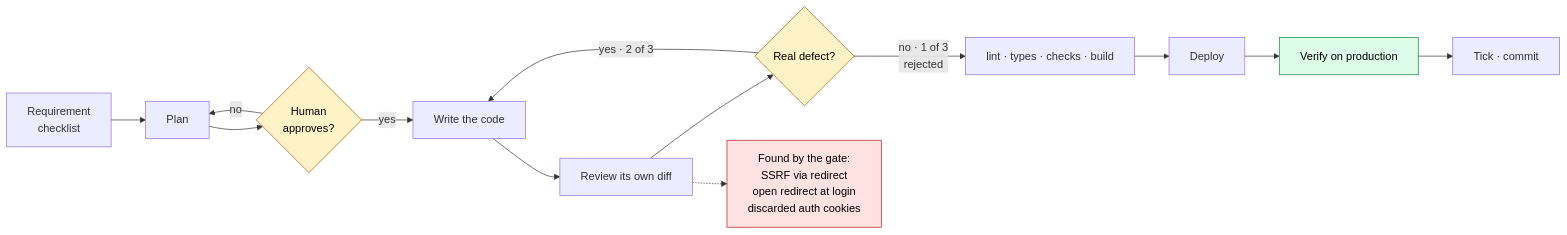
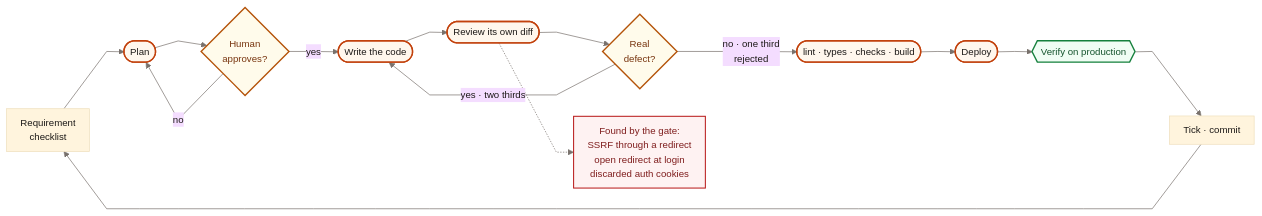
One commit to Rounak7721/ReForge changed the third of 5 diagrams in internal/notes/video-diagrams.md. Above: the diagram before and after it, drawn with Mermaid. The commit also changed other lines of this file and 5 other files, not shown here.

````diff
--- a/internal/notes/video-diagrams.md
+++ b/internal/notes/video-diagrams.md
@@ -100,22 +136,28 @@
 ```mermaid
+%%{init: {'theme':'base','themeVariables':{'fontFamily':'ui-sans-serif, system-ui, sans-serif','fontSize':'14px','lineColor':'#78716c','primaryTextColor':'#1c1917'},'flowchart':{'curve':'linear','nodeSpacing':40,'rankSpacing':50,'padding':10}}}%%
 flowchart LR
-    A["Requirement<br/>checklist"] --> B["Plan"]
+    A["Requirement<br/>checklist"] --> B(["Plan"])
     B --> C{"Human<br/>approves?"}
-    C -- no --> B
-    C -- yes --> D["Write the code"]
-    D --> E["Review its own diff"]
-    E --> F{"Real defect?"}
-    F -- "yes · 2 of 3" --> D
-    F -- "no · 1 of 3<br/>rejected" --> G["lint · types · checks · build"]
-    G --> H["Deploy"]
-    H --> I["Verify on production"]
+    C -->|no| B
+    C -->|yes| D(["Write the code"])
+    D --> E(["Review its own diff"])
+    E --> F{"Real<br/>defect?"}
+    F -->|"yes · two thirds"| D
+    F -->|"no · one third<br/>rejected"| G(["lint · types · checks · build"])
+    G --> H(["Deploy"])
+    H --> I{{"Verify on production"}}
     I --> J["Tick · commit"]
+    J --> A
 
-    FOUND["Found by the gate:<br/>SSRF via redirect<br/>open redirect at login<br/>discarded auth cookies"]
+    FOUND["Found by the gate:<br/>SSRF through a redirect<br/>open redirect at login<br/>discarded auth cookies"]
     E -.-> FOUND
 
-    style C fill:#fef3c7,stroke:#b45309,color:#000
-    style F fill:#fef3c7,stroke:#b45309,color:#000
-    style FOUND fill:#fee2e2,stroke:#b91c1c,color:#000
-    style I fill:#dcfce7,stroke:#15803d,color:#000
+    classDef core fill:#fff7ed,stroke:#c2410c,stroke-width:2px,color:#1c1917
+    classDef gate fill:#fffbeb,stroke:#b45309,stroke-width:2px,color:#78350f
+    classDef good fill:#f0fdf4,stroke:#15803d,stroke-width:2px,color:#14532d
+    classDef bad fill:#fef2f2,stroke:#b91c1c,stroke-width:1.5px,color:#7f1d1d
+    class B,D,E,G,H core
+    class C,F gate
+    class I good
+    class FOUND bad
 ```
````
